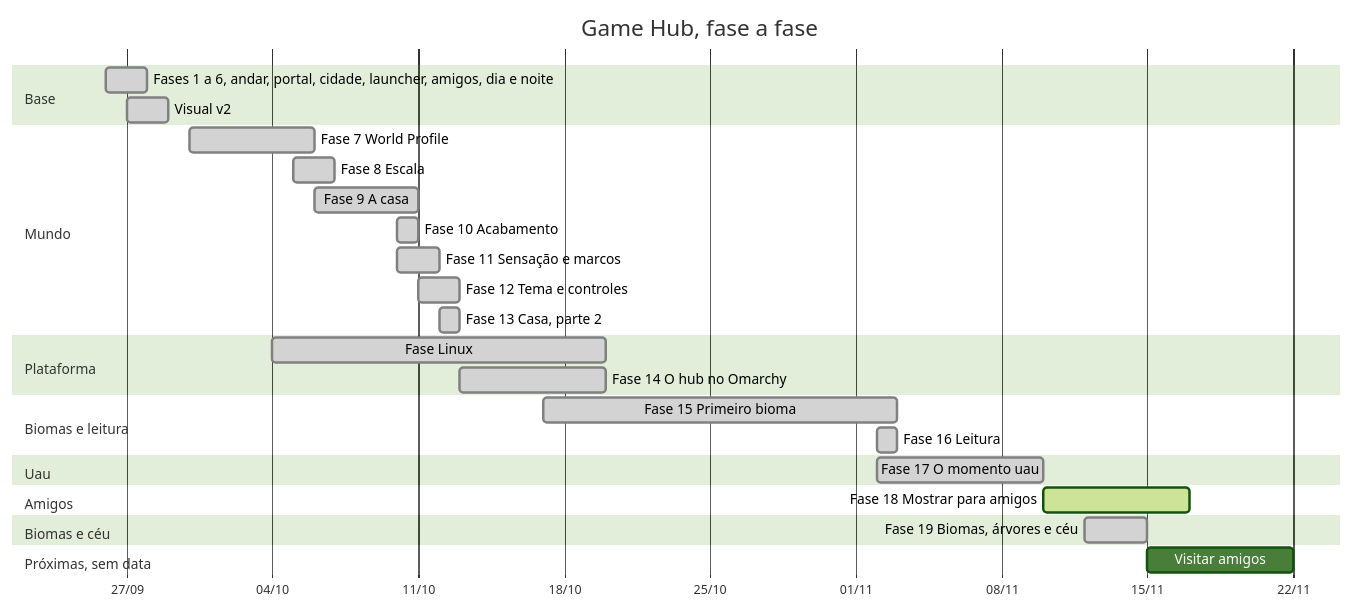
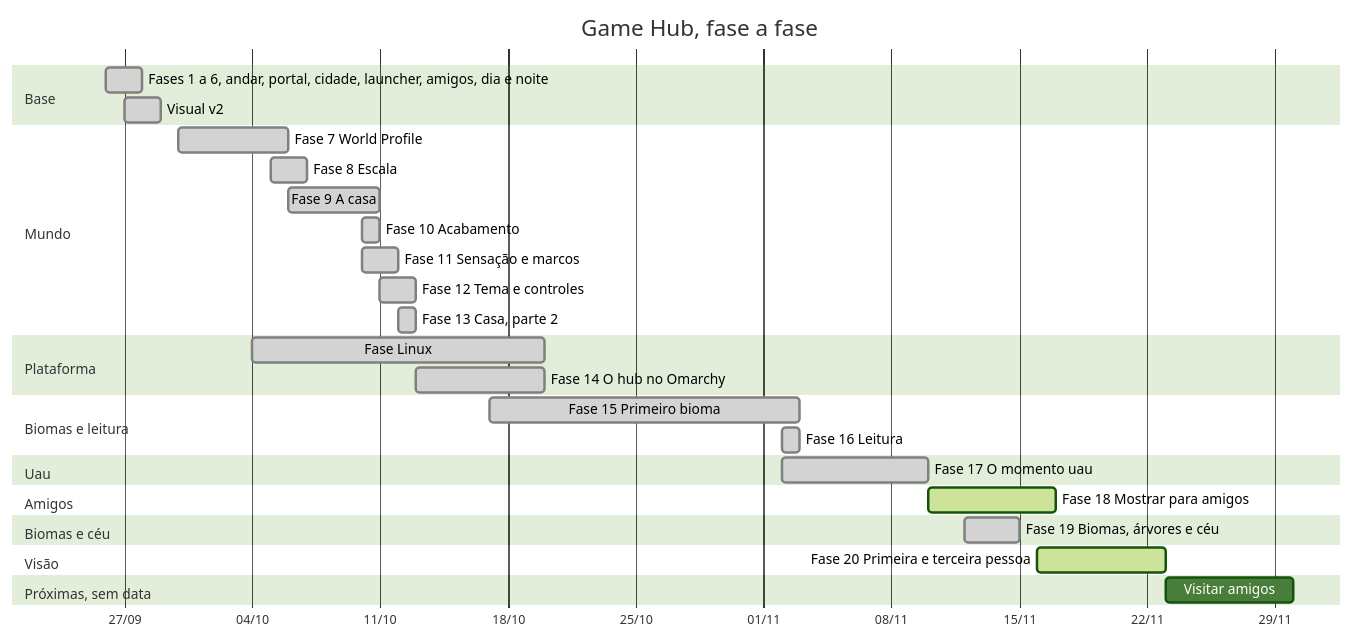
The diagram in docs/Início.md (guitavaress/game-hub), drawn with Mermaid (forest theme) before and after one commit. The commit also changed other lines of this file and 2 other files, not shown here.

First line of the commit message:
Docs: plano da Fase 20

````diff
--- a/docs/Início.md
+++ b/docs/Início.md
@@ -46,39 +49,42 @@
 ```mermaid
 gantt
     title Game Hub, fase a fase
     dateFormat YYYY-MM-DD
     axisFormat %d/%m
 
     section Base
     Fases 1 a 6, andar, portal, cidade, launcher, amigos, dia e noite :done, f1, 2026-09-26, 2026-09-28
     Visual v2                        :done, v2, 2026-09-27, 2026-09-29
 
     section Mundo
     Fase 7 World Profile             :done, f7, 2026-09-30, 2026-10-06
     Fase 8 Escala                    :done, f8, 2026-10-05, 2026-10-07
     Fase 9 A casa                    :done, f9, 2026-10-06, 2026-10-11
     Fase 10 Acabamento               :done, f10, 2026-10-10, 2026-10-11
     Fase 11 Sensação e marcos        :done, f11, 2026-10-10, 2026-10-12
     Fase 12 Tema e controles         :done, f12, 2026-10-11, 2026-10-13
     Fase 13 Casa, parte 2            :done, f13, 2026-10-12, 2026-10-13
 
     section Plataforma
     Fase Linux                       :done, fl, 2026-10-04, 2026-10-20
     Fase 14 O hub no Omarchy         :done, f14, 2026-10-13, 2026-10-20
 
     section Biomas e leitura
     Fase 15 Primeiro bioma           :done, f15, 2026-10-17, 2026-11-03
     Fase 16 Leitura                  :done, f16, 2026-11-02, 2026-11-03
 
     section Uau
     Fase 17 O momento uau            :done, f17, 2026-11-02, 2026-11-10
 
     section Amigos
     Fase 18 Mostrar para amigos      :active, f18, 2026-11-10, 7d
 
     section Biomas e céu
     Fase 19 Biomas, árvores e céu    :done, f19, 2026-11-12, 2026-11-15
 
+    section Visão
+    Fase 20 Primeira e terceira pessoa :active, f20, 2026-11-16, 7d
+
     section Próximas, sem data
-    Visitar amigos                   :u4, after f19, 7d
+    Visitar amigos                   :u4, after f20, 7d
 ```
````
